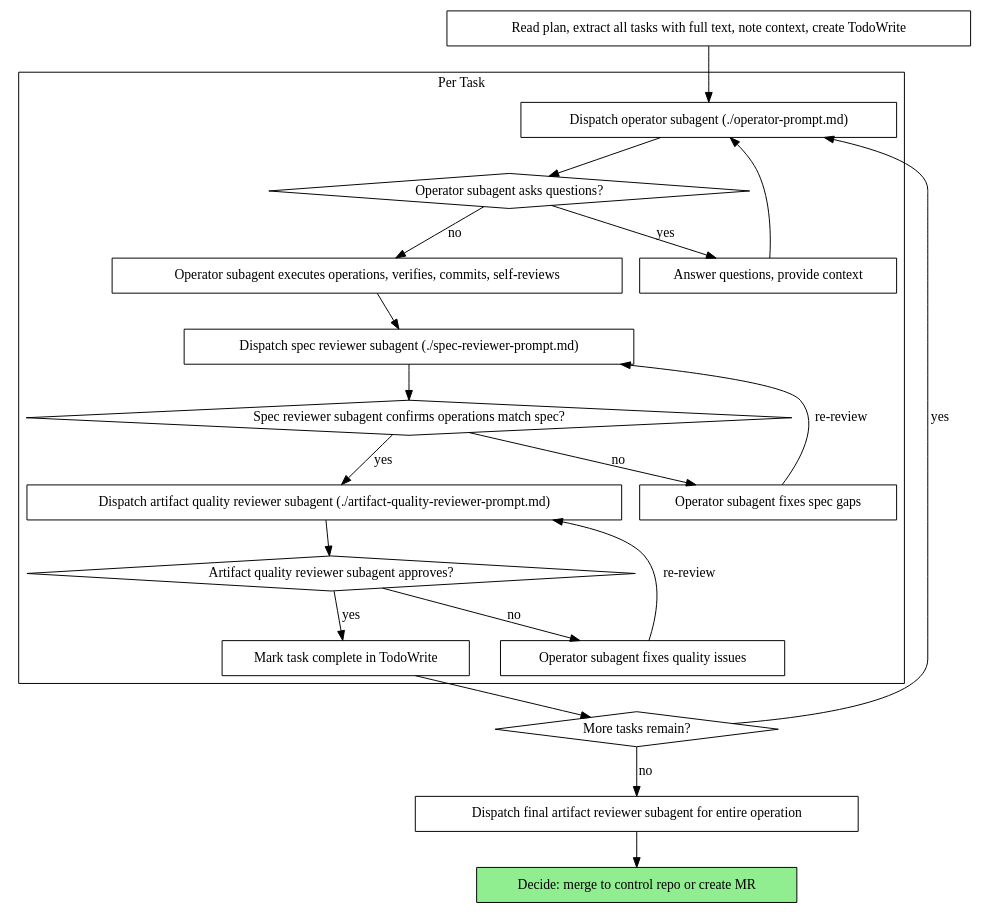
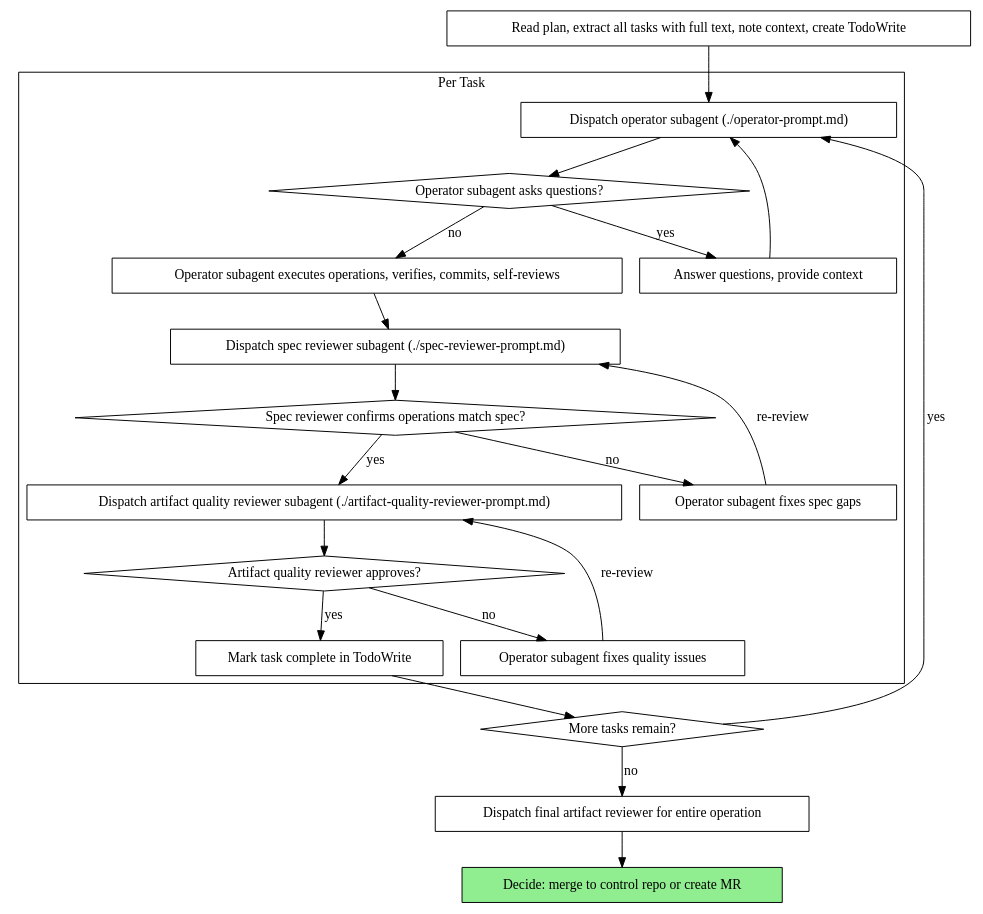
One commit to yg-codes/srepowers changed the second of 2 diagrams in skills/subagent-driven-operation/SKILL.md. Above: the diagram before and after it, drawn with Graphviz. The commit also changed other lines of this file, not shown here.

First line of the commit message:
refactor: streamline subagent-driven-operation skill (57% reduction)

````diff
--- a/skills/subagent-driven-operation/SKILL.md
+++ b/skills/subagent-driven-operation/SKILL.md
@@ -41,44 +44,44 @@
 ```dot
 digraph process {
     rankdir=TB;
 
     subgraph cluster_per_task {
         label="Per Task";
         "Dispatch operator subagent (./operator-prompt.md)" [shape=box];
         "Operator subagent asks questions?" [shape=diamond];
         "Answer questions, provide context" [shape=box];
         "Operator subagent executes operations, verifies, commits, self-reviews" [shape=box];
         "Dispatch spec reviewer subagent (./spec-reviewer-prompt.md)" [shape=box];
-        "Spec reviewer subagent confirms operations match spec?" [shape=diamond];
+        "Spec reviewer confirms operations match spec?" [shape=diamond];
         "Operator subagent fixes spec gaps" [shape=box];
         "Dispatch artifact quality reviewer subagent (./artifact-quality-reviewer-prompt.md)" [shape=box];
-        "Artifact quality reviewer subagent approves?" [shape=diamond];
+        "Artifact quality reviewer approves?" [shape=diamond];
         "Operator subagent fixes quality issues" [shape=box];
         "Mark task complete in TodoWrite" [shape=box];
     }
 
     "Read plan, extract all tasks with full text, note context, create TodoWrite" [shape=box];
     "More tasks remain?" [shape=diamond];
-    "Dispatch final artifact reviewer subagent for entire operation" [shape=box];
+    "Dispatch final artifact reviewer for entire operation" [shape=box];
     "Decide: merge to control repo or create MR" [shape=box style=filled fillcolor=lightgreen];
 
     "Read plan, extract all tasks with full text, note context, create TodoWrite" -> "Dispatch operator subagent (./operator-prompt.md)";
     "Dispatch operator subagent (./operator-prompt.md)" -> "Operator subagent asks questions?";
     "Operator subagent asks questions?" -> "Answer questions, provide context" [label="yes"];
     "Answer questions, provide context" -> "Dispatch operator subagent (./operator-prompt.md)";
     "Operator subagent asks questions?" -> "Operator subagent executes operations, verifies, commits, self-reviews" [label="no"];
     "Operator subagent executes operations, verifies, commits, self-reviews" -> "Dispatch spec reviewer subagent (./spec-reviewer-prompt.md)";
-    "Dispatch spec reviewer subagent (./spec-reviewer-prompt.md)" -> "Spec reviewer subagent confirms operations match spec?";
-    "Spec reviewer subagent confirms operations match spec?" -> "Operator subagent fixes spec gaps" [label="no"];
+    "Dispatch spec reviewer subagent (./spec-reviewer-prompt.md)" -> "Spec reviewer confirms operations match spec?";
+    "Spec reviewer confirms operations match spec?" -> "Operator subagent fixes spec gaps" [label="no"];
     "Operator subagent fixes spec gaps" -> "Dispatch spec reviewer subagent (./spec-reviewer-prompt.md)" [label="re-review"];
-    "Spec reviewer subagent confirms operations match spec?" -> "Dispatch artifact quality reviewer subagent (./artifact-quality-reviewer-prompt.md)" [label="yes"];
-    "Dispatch artifact quality reviewer subagent (./artifact-quality-reviewer-prompt.md)" -> "Artifact quality reviewer subagent approves?";
-    "Artifact quality reviewer subagent approves?" -> "Operator subagent fixes quality issues" [label="no"];
+    "Spec reviewer confirms operations match spec?" -> "Dispatch artifact quality reviewer subagent (./artifact-quality-reviewer-prompt.md)" [label="yes"];
+    "Dispatch artifact quality reviewer subagent (./artifact-quality-reviewer-prompt.md)" -> "Artifact quality reviewer approves?";
+    "Artifact quality reviewer approves?" -> "Operator subagent fixes quality issues" [label="no"];
     "Operator subagent fixes quality issues" -> "Dispatch artifact quality reviewer subagent (./artifact-quality-reviewer-prompt.md)" [label="re-review"];
-    "Artifact quality reviewer subagent approves?" -> "Mark task complete in TodoWrite" [label="yes"];
+    "Artifact quality reviewer approves?" -> "Mark task complete in TodoWrite" [label="yes"];
     "Mark task complete in TodoWrite" -> "More tasks remain?";
     "More tasks remain?" -> "Dispatch operator subagent (./operator-prompt.md)" [label="yes"];
-    "More tasks remain?" -> "Dispatch final artifact reviewer subagent for entire operation" [label="no"];
-    "Dispatch final artifact reviewer subagent for entire operation" -> "Decide: merge to control repo or create MR";
+    "More tasks remain?" -> "Dispatch final artifact reviewer for entire operation" [label="no"];
+    "Dispatch final artifact reviewer for entire operation" -> "Decide: merge to control repo or create MR";
 }
 ```
````
